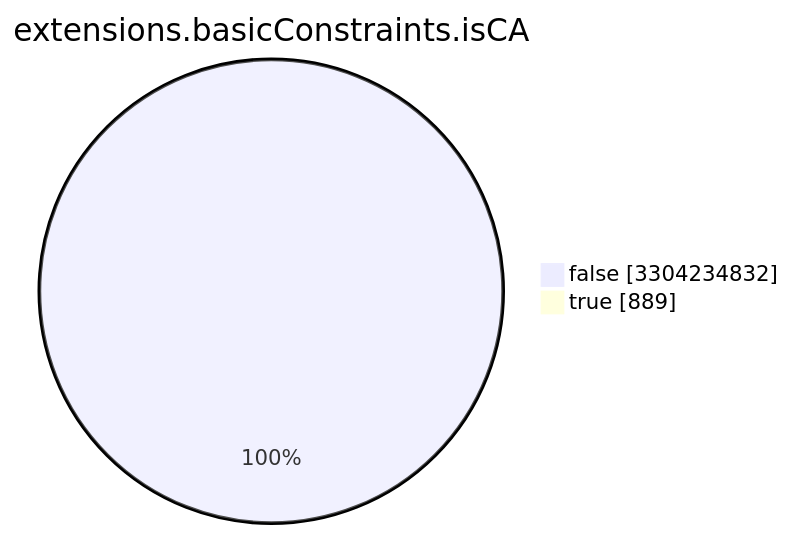
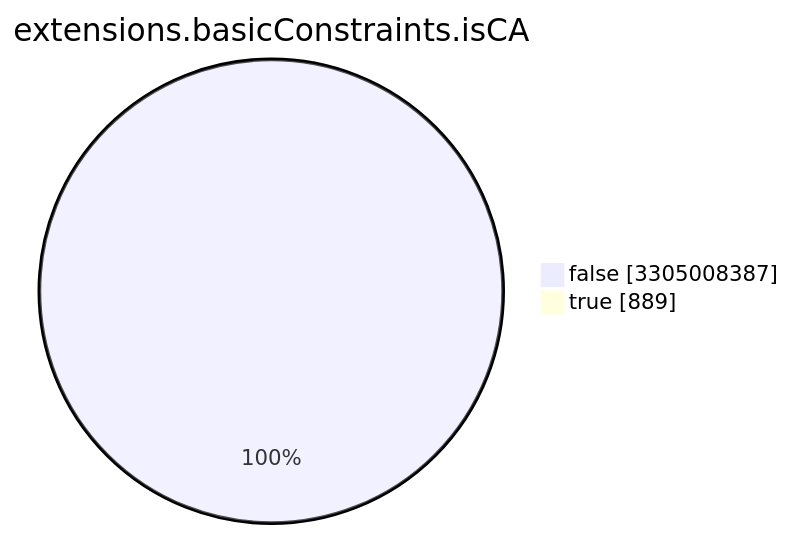
One commit to christiankrug/ctmonitor_visualization changed the seventh of 15 diagrams in TOTAL/README.md. Above: the diagram before and after it, drawn with Mermaid. The commit also changed other lines of this file, not shown here.

````diff
--- a/TOTAL/README.md
+++ b/TOTAL/README.md
@@ -3089,6 +3089,6 @@
 ```mermaid
 pie showData
 title extensions.basicConstraints.isCA
-"false" :3304234832
+"false" :3305008387
 "true" :889
 ```
````
